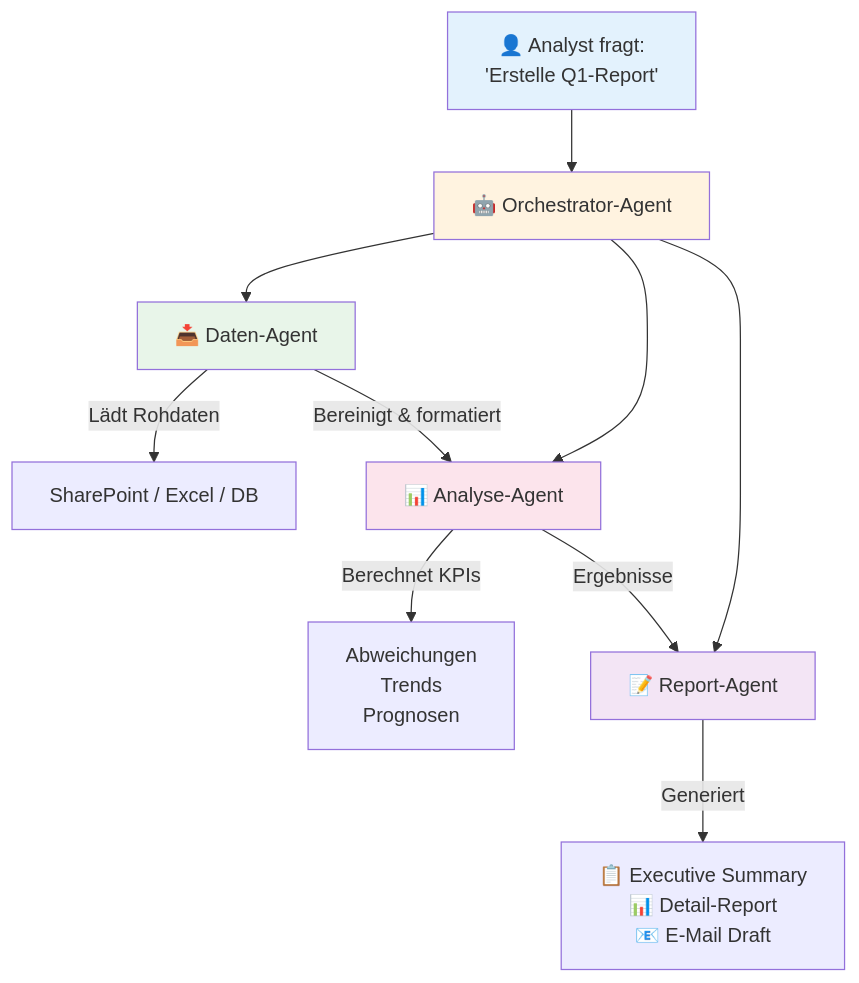
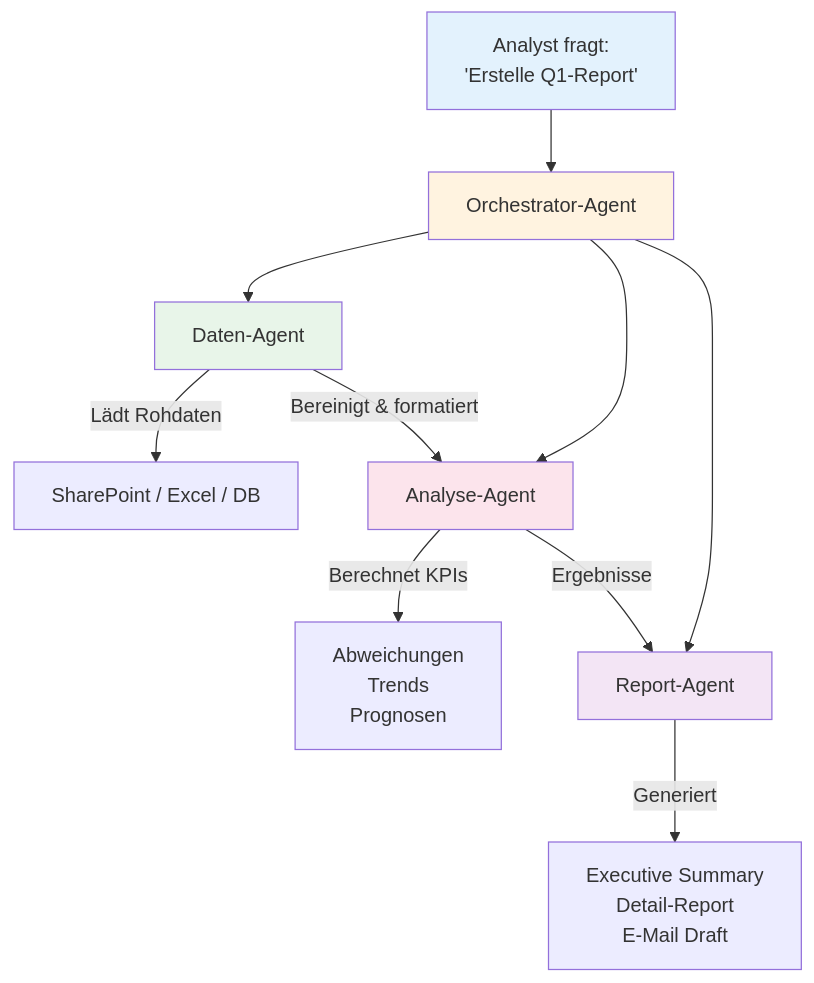
Before and after one commit to justinsz/ProPrompt: the third of 3 diagrams in analysts_de.md, drawn with Mermaid. The commit also changed other lines of this file and 11 other files, not shown here.

````diff
--- a/analysts_de.md
+++ b/analysts_de.md
@@ -288,19 +288,19 @@
 ```mermaid
 flowchart TB
-    A[👤 Analyst fragt:<br/>'Erstelle Q1-Report'] --> B[🤖 Orchestrator-Agent]
-    B --> C[📥 Daten-Agent]
-    B --> D[📊 Analyse-Agent]
-    B --> E[📝 Report-Agent]
-    
+    A[Analyst fragt:<br/>'Erstelle Q1-Report'] --> B[Orchestrator-Agent]
+    B --> C[Daten-Agent]
+    B --> D[Analyse-Agent]
+    B --> E[Report-Agent]
+
     C --> |Lädt Rohdaten| C1[SharePoint / Excel / DB]
     C --> |Bereinigt & formatiert| D
     D --> |Berechnet KPIs| D1[Abweichungen<br/>Trends<br/>Prognosen]
     D --> |Ergebnisse| E
-    E --> |Generiert| E1[📋 Executive Summary<br/>📊 Detail-Report<br/>📧 E-Mail Draft]
-    
+    E --> |Generiert| E1[Executive Summary<br/> Detail-Report<br/> E-Mail Draft]
+
     style A fill:#e3f2fd
     style B fill:#fff3e0
     style C fill:#e8f5e9
     style D fill:#fce4ec
     style E fill:#f3e5f5
 ```
````
